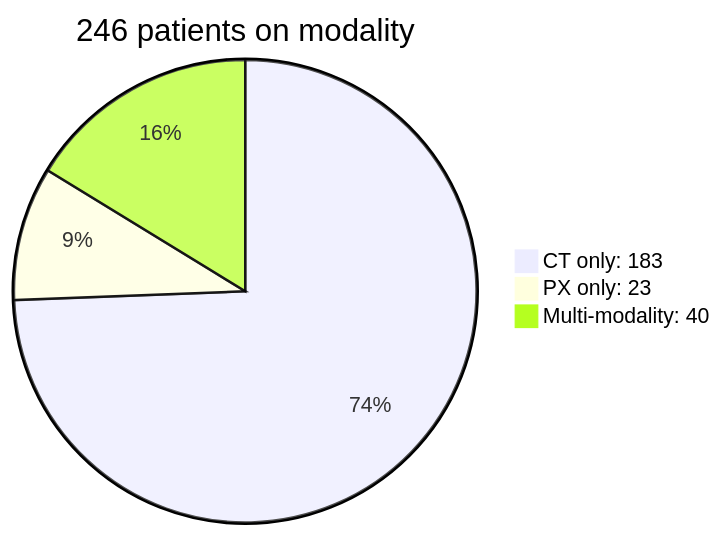
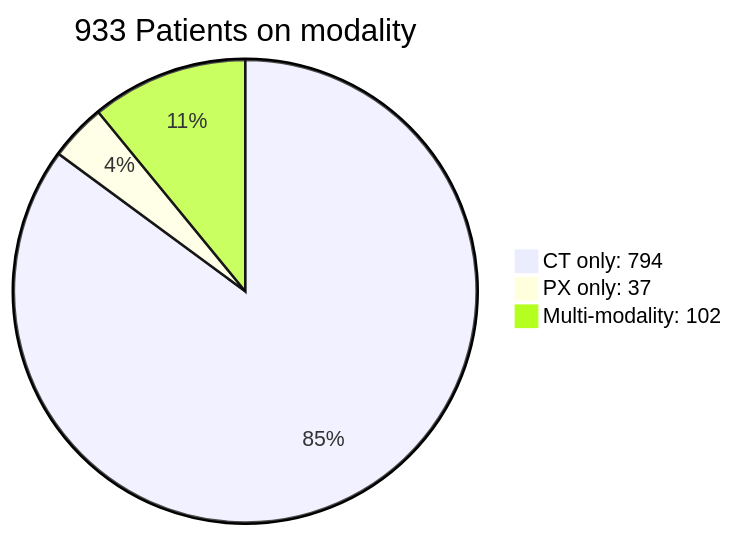
The fifth of 5 diagrams in SUMMARY.md (doidio/nonapx), drawn with Mermaid before and after one commit. The commit also changed other lines of this file and 1 other file, not shown here.

Commit message:
chore: update modality distribution statistics and manufacturer model breakdown in SUMMARY.md

````diff
--- a/SUMMARY.md
+++ b/SUMMARY.md
@@ -55,6 +55,6 @@
 ```mermaid
-pie title 246 patients on modality
-    "CT only: 183": 183
-    "PX only: 23": 23
-    "Multi-modality: 40": 40
+pie title 933 Patients on modality
+    "CT only: 794": 794
+    "PX only: 37": 37
+    "Multi-modality: 102": 102
 ```
````
